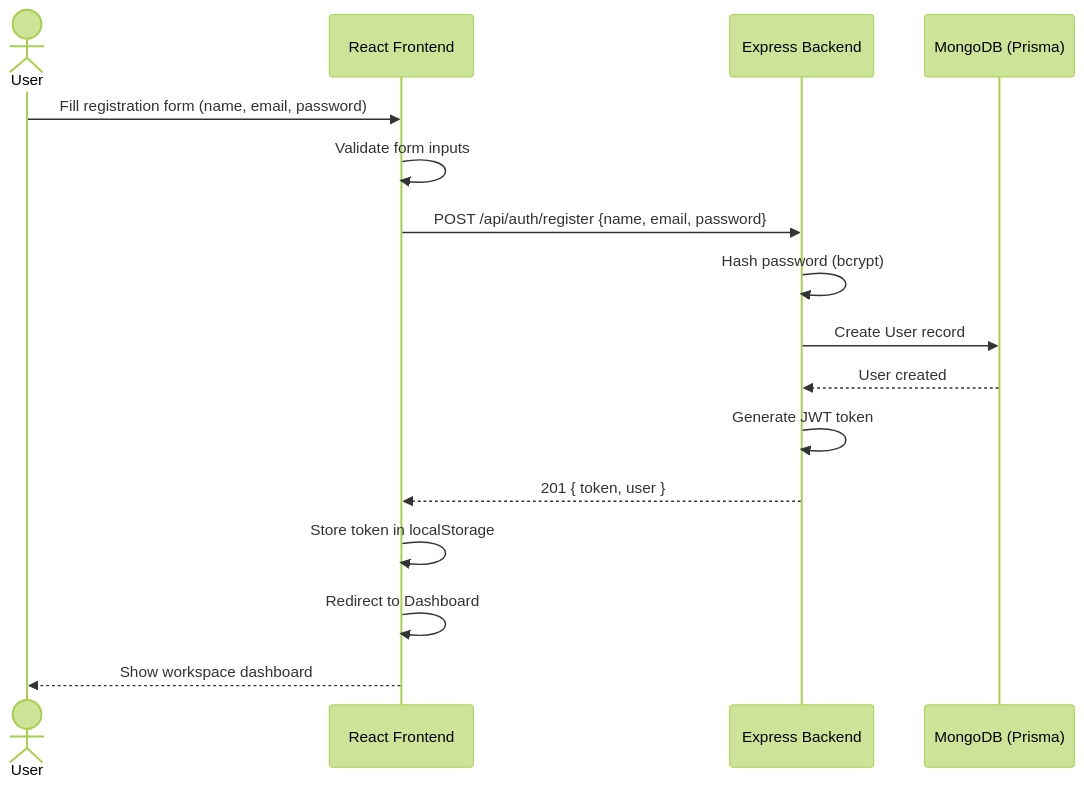
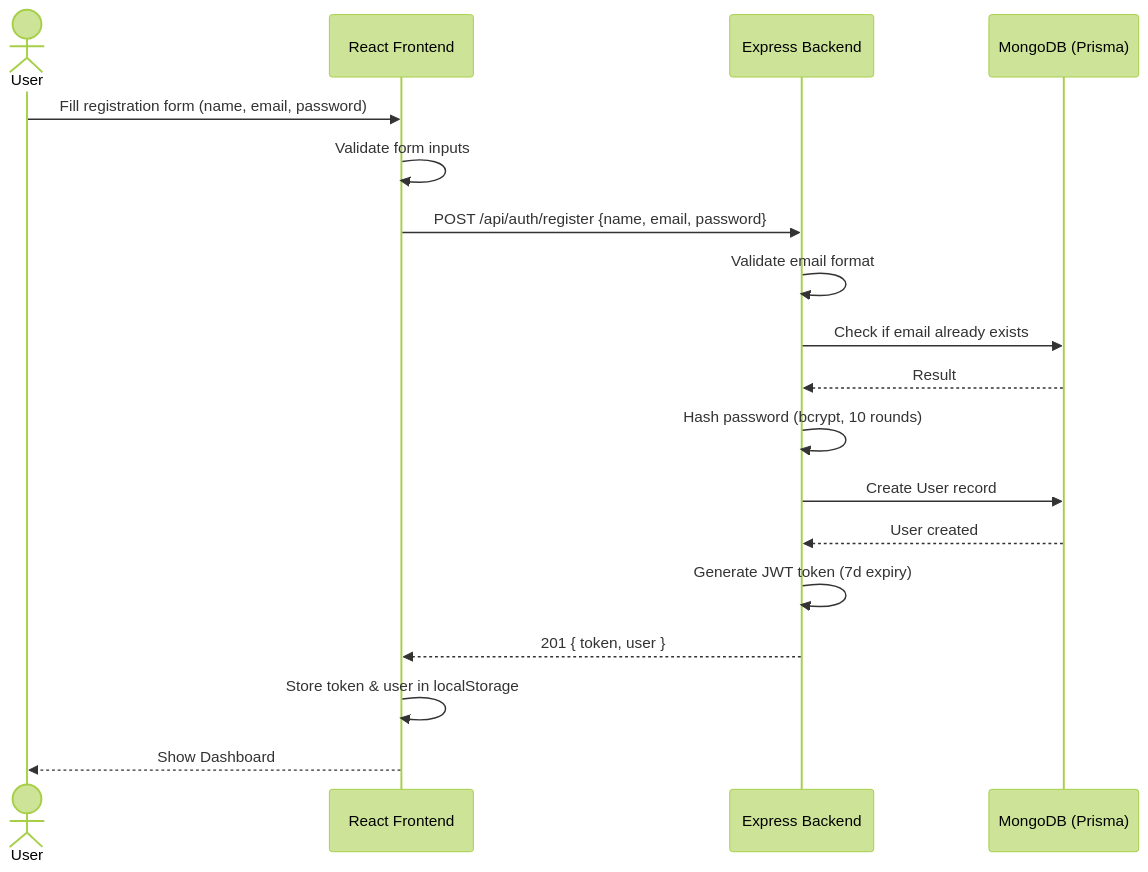
Before and after one commit to codervipul775/Safar: the first of 10 diagrams in sequenceDiagram.md, drawn with Mermaid (forest theme). The commit also changed other lines of this file and 3 other files, not shown here.

Commit message:
docs: update sequence diagrams to reflect authentication, file management, and synchronization workflows

````diff
--- a/sequenceDiagram.md
+++ b/sequenceDiagram.md
@@ -5,19 +5,21 @@
 ```mermaid
 sequenceDiagram
     actor User
     participant UI as React Frontend
     participant API as Express Backend
     participant DB as MongoDB (Prisma)
 
     User->>UI: Fill registration form (name, email, password)
     UI->>UI: Validate form inputs
     UI->>API: POST /api/auth/register {name, email, password}
-    API->>API: Hash password (bcrypt)
+    API->>API: Validate email format
+    API->>DB: Check if email already exists
+    DB-->>API: Result
+    API->>API: Hash password (bcrypt, 10 rounds)
     API->>DB: Create User record
     DB-->>API: User created
-    API->>API: Generate JWT token
+    API->>API: Generate JWT token (7d expiry)
     API-->>UI: 201 { token, user }
-    UI->>UI: Store token in localStorage
-    UI->>UI: Redirect to Dashboard
-    UI-->>User: Show workspace dashboard
+    UI->>UI: Store token & user in localStorage
+    UI-->>User: Show Dashboard
 ```
````
